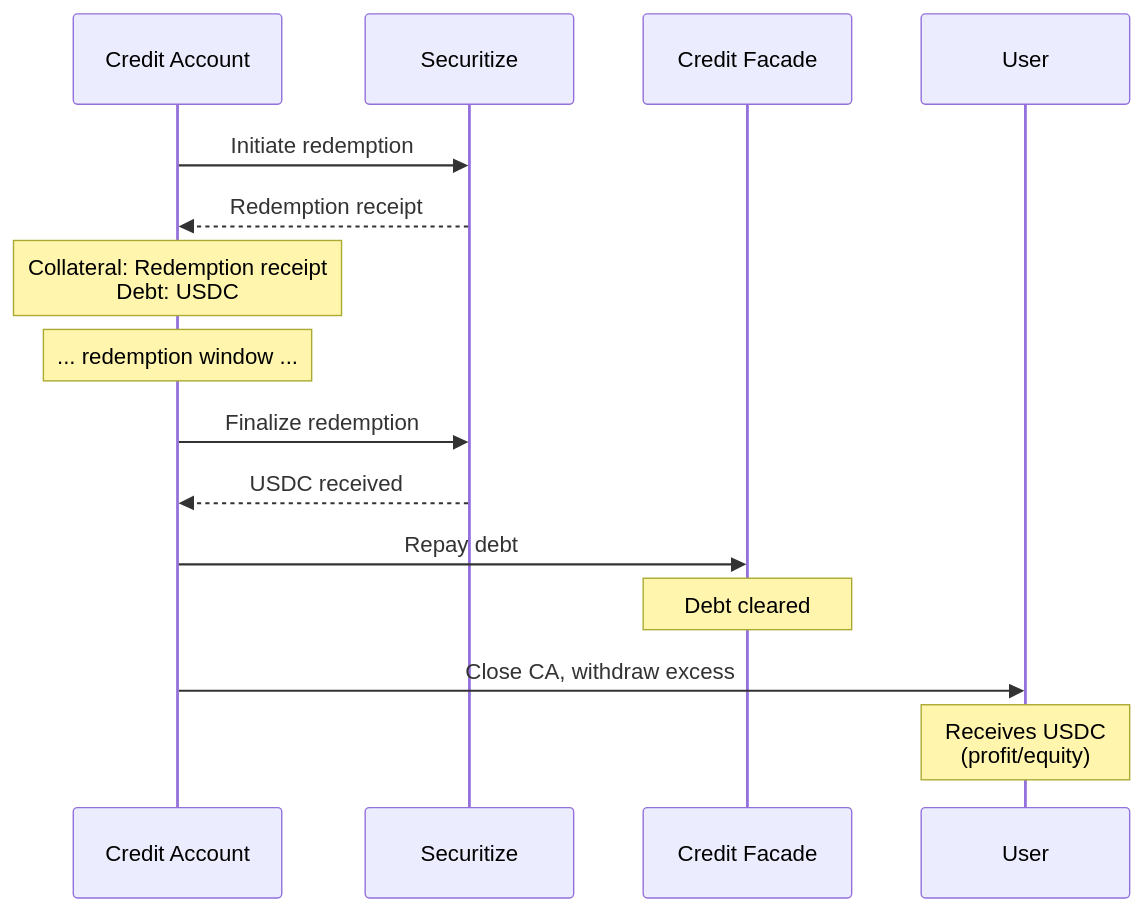
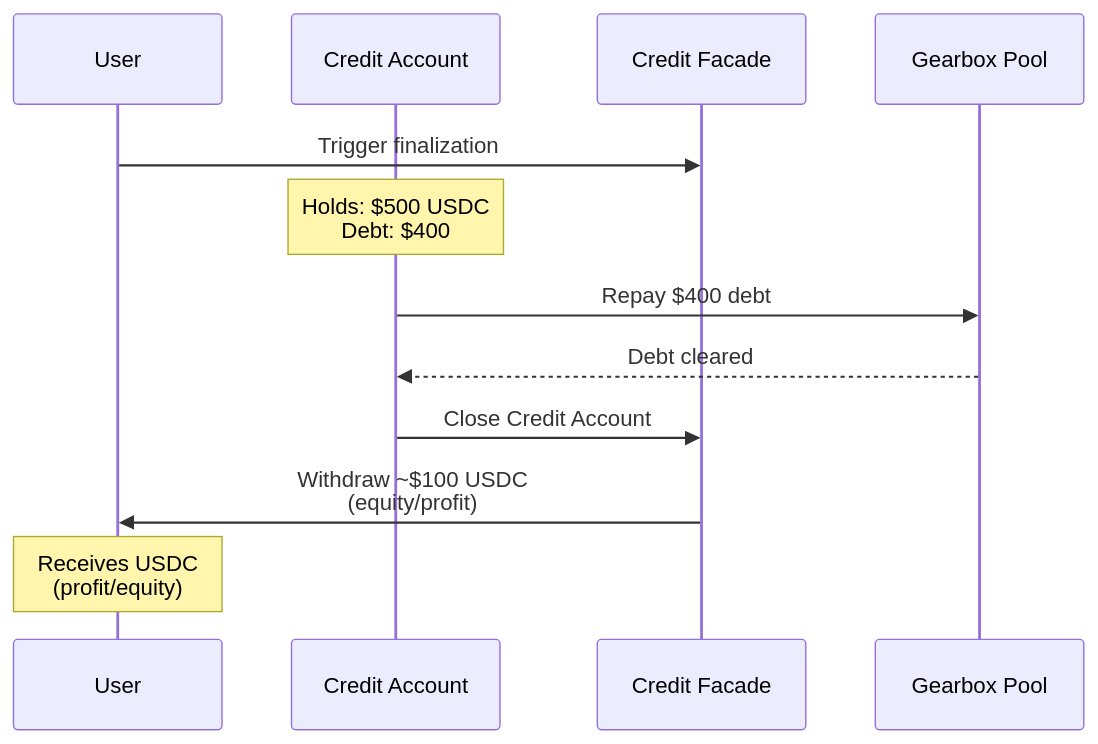
The tenth of 11 diagrams in reference/prime-brokerage-for-rwa-leverage.md (Gearbox-protocol/docs-knowledge), drawn with Mermaid before and after one commit. The commit also changed other lines of this file, not shown here.

````diff
--- a/reference/prime-brokerage-for-rwa-leverage.md
+++ b/reference/prime-brokerage-for-rwa-leverage.md
@@ -241,18 +335,15 @@
 ```mermaid
 sequenceDiagram
+    participant U as User
     participant CA as Credit Account
-    participant S as Securitize
     participant CF as Credit Facade
-    participant U as User
+    participant GP as Gearbox Pool
     
-    CA->>S: Initiate redemption
-    S-->>CA: Redemption receipt
-    Note over CA: Collateral: Redemption receipt<br/>Debt: USDC
-    Note over CA: ... redemption window ...
-    CA->>S: Finalize redemption
-    S-->>CA: USDC received
-    CA->>CF: Repay debt
-    Note over CF: Debt cleared
-    CA->>U: Close CA, withdraw excess
+    U->>CF: Trigger finalization
+    Note over CA: Holds: $500 USDC<br/>Debt: $400
+    CA->>GP: Repay $400 debt
+    GP-->>CA: Debt cleared
+    CA->>CF: Close Credit Account
+    CF->>U: Withdraw ~$100 USDC<br/>(equity/profit)
     Note over U: Receives USDC<br/>(profit/equity)
 ```
````
